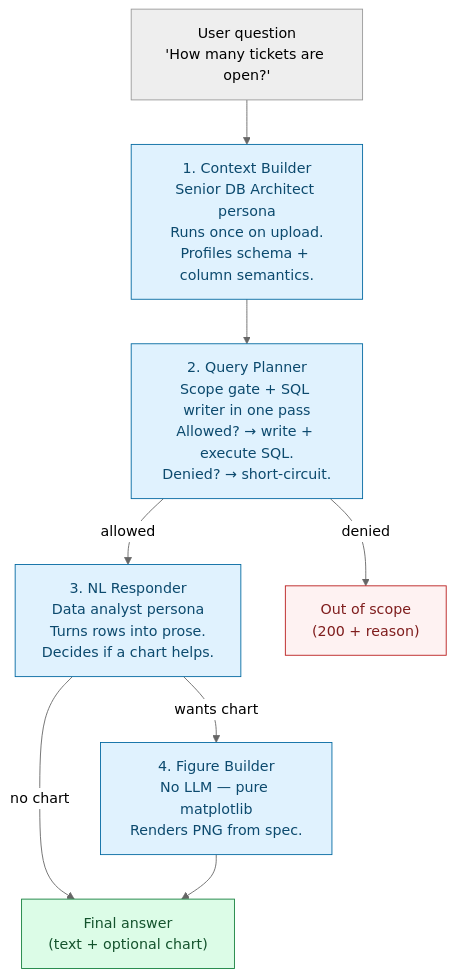
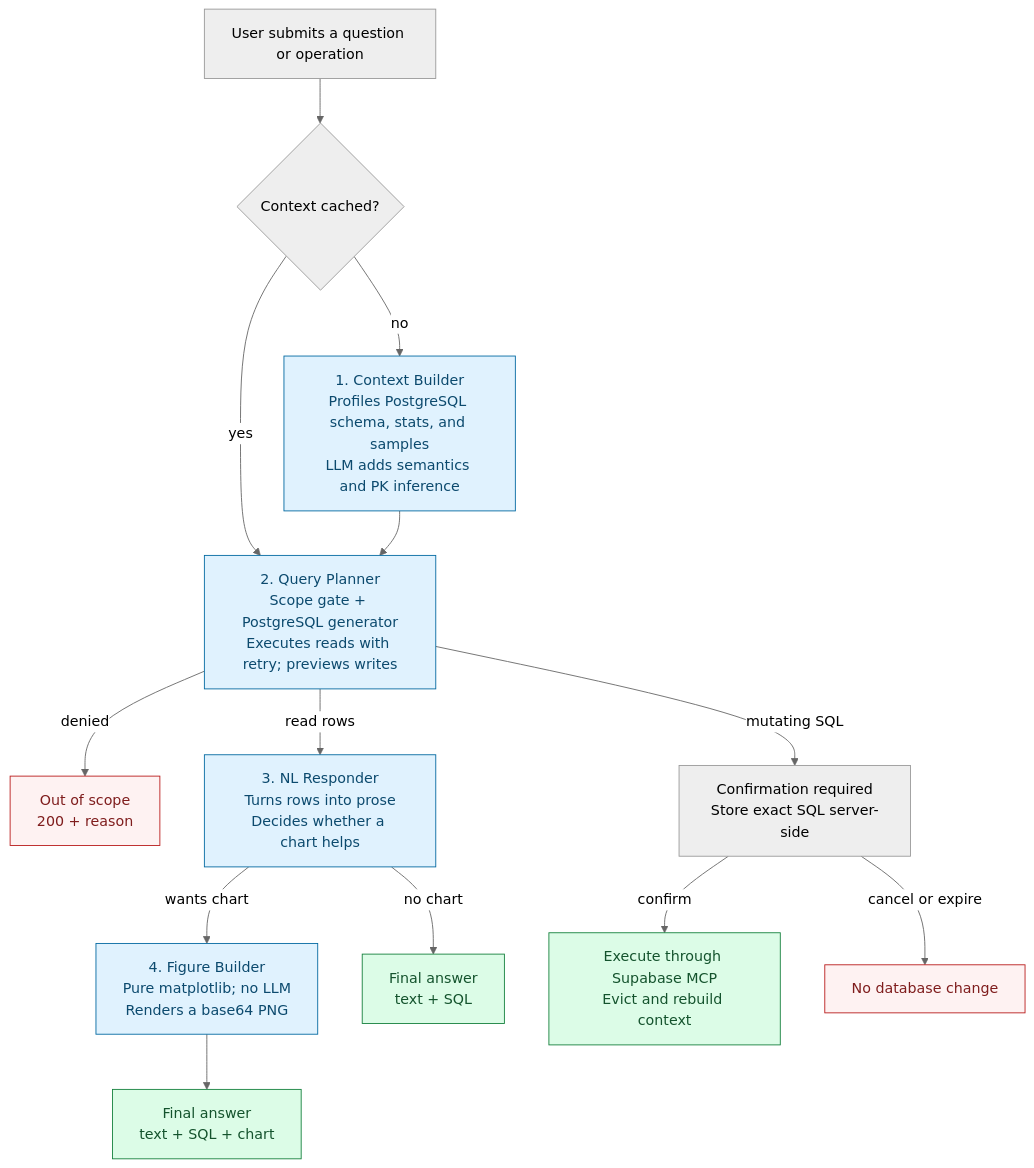
One commit to devangsharma-igna/csv-agent changed the second of 5 diagrams in README.md. Above: the diagram before and after it, drawn with Mermaid (neutral theme). The commit also changed other lines of this file, not shown here.

Commit message:
diagram synched to application

````diff
--- a/README.md
+++ b/README.md
@@ -68,23 +69,24 @@
 ```mermaid
 flowchart TD
-    Q["User question\n'How many tickets are open?'"] --> P1
-    P1["1. Context Builder\nSenior DB Architect persona\nRuns once on upload.\nProfiles schema + column semantics."]
-    P1 --> P2
+    Q["User submits a question or operation"] --> C{"Context cached?"}
+    C -->|no| P1["1. Context Builder\nProfiles PostgreSQL schema, stats, and samples\nLLM adds semantics and PK inference"]
+    C -->|yes| P2
+    P1 --> P2["2. Query Planner\nScope gate + PostgreSQL generator\nExecutes reads with retry; previews writes"]
 
-    P2["2. Query Planner\nScope gate + SQL writer in one pass\nAllowed? → write + execute SQL.\nDenied? → short-circuit."]
-    P2 -->|allowed| P3
-    P2 -->|denied| OOS["Out of scope\n(200 + reason)"]
+    P2 -->|denied| OOS["Out of scope\n200 + reason"]
+    P2 -->|read rows| P3["3. NL Responder\nTurns rows into prose\nDecides whether a chart helps"]
+    P2 -->|mutating SQL| CONF["Confirmation required\nStore exact SQL server-side"]
 
-    P3["3. NL Responder\nData analyst persona\nTurns rows into prose.\nDecides if a chart helps."]
-    P3 -->|wants chart| P4
-    P3 -->|no chart| OUT
-    P4["4. Figure Builder\nNo LLM — pure matplotlib\nRenders PNG from spec."]
-    P4 --> OUT["Final answer\n(text + optional chart)"]
+    P3 -->|wants chart| P4["4. Figure Builder\nPure matplotlib; no LLM\nRenders a base64 PNG"]
+    P3 -->|no chart| OUT["Final answer\ntext + SQL"]
+    P4 --> OUT2["Final answer\ntext + SQL + chart"]
+    CONF -->|confirm| WRITE["Execute through Supabase MCP\nEvict and rebuild context"]
+    CONF -->|cancel or expire| STOP["No database change"]
 
     classDef agent fill:#e0f2fe,stroke:#0369a1,color:#0c4a6e
     classDef abort fill:#fef2f2,stroke:#b91c1c,color:#7f1d1d
     classDef ok fill:#dcfce7,stroke:#15803d,color:#14532d
     class P1,P2,P3,P4 agent
-    class OOS abort
-    class OUT ok
+    class OOS,STOP abort
+    class OUT,OUT2,WRITE ok
 ```
````
